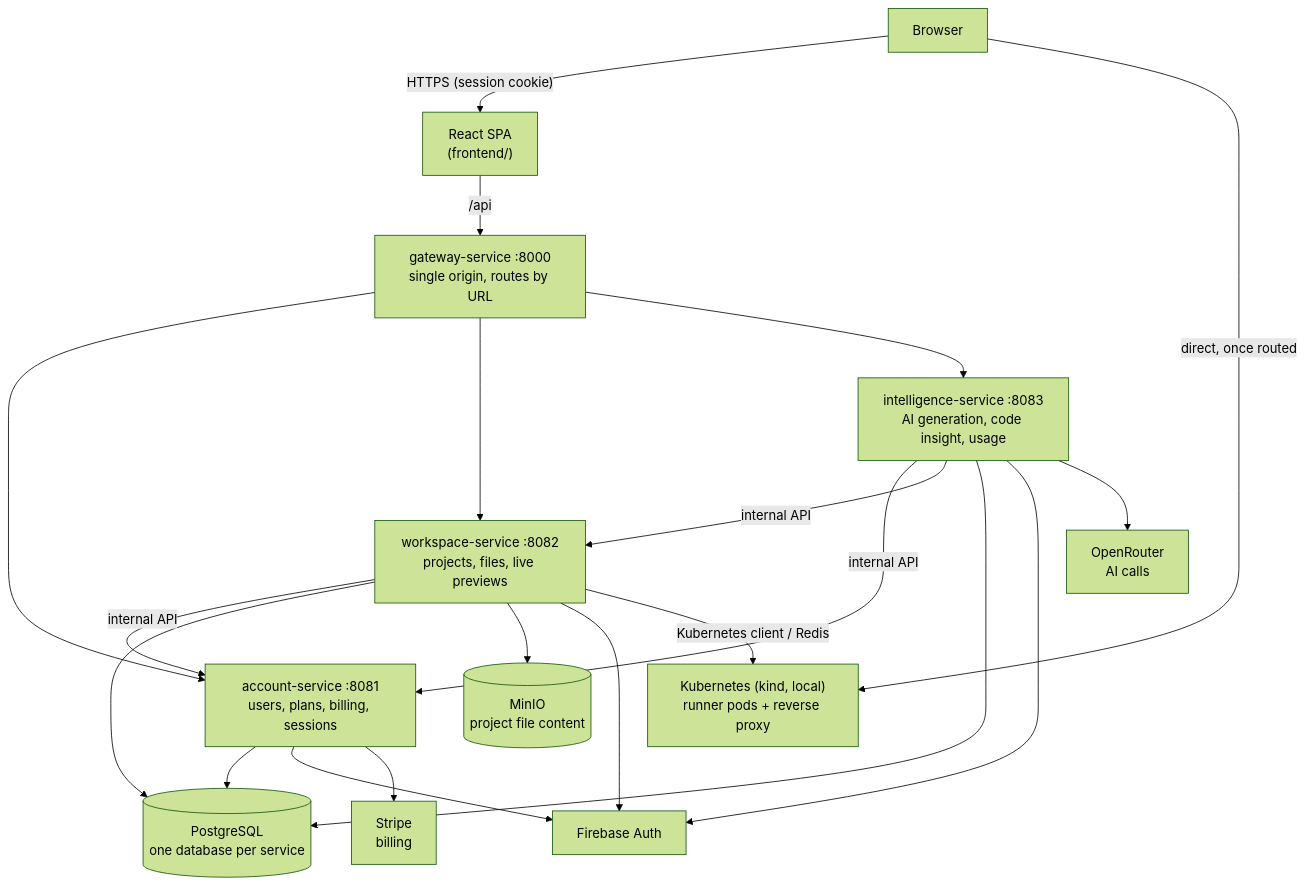
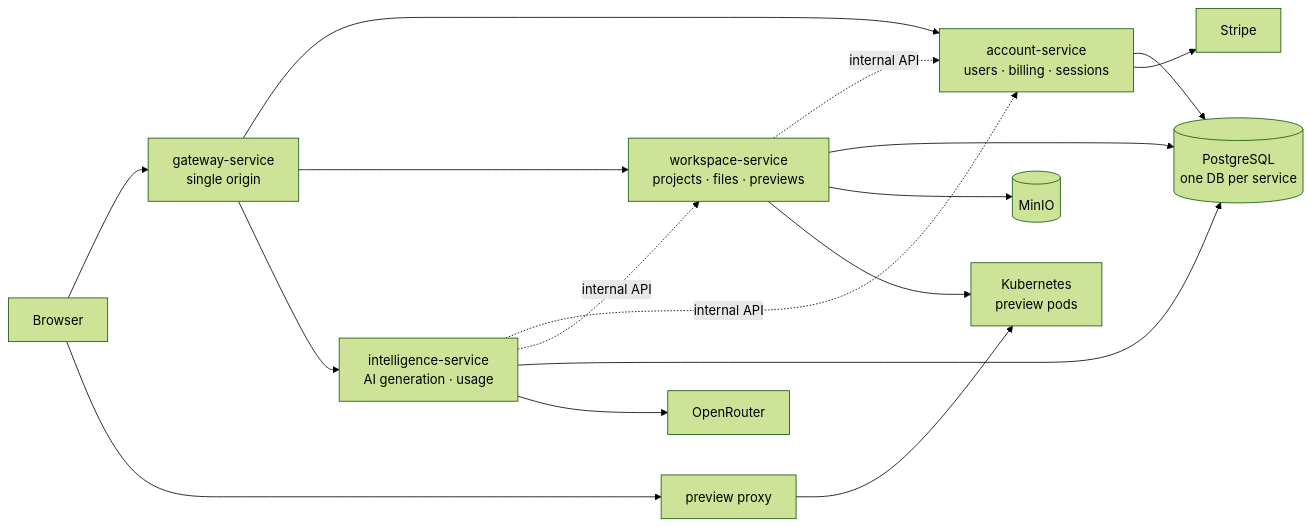
The diagram in README.md (Divyanshu2805/vibecraft), drawn with Mermaid (forest theme) before and after one commit. The commit also changed other lines of this file and 6 other files, not shown here.

````diff
--- a/README.md
+++ b/README.md
@@ -52,35 +35,18 @@
 ```mermaid
-flowchart TD
-    Browser["Browser"]
-    Frontend["React SPA<br/>(frontend/)"]
-    Gateway["gateway-service :8000<br/>single origin, routes by URL"]
-    Account["account-service :8081<br/>users, plans, billing, sessions"]
-    Workspace["workspace-service :8082<br/>projects, files, live previews"]
-    Intel["intelligence-service :8083<br/>AI generation, code insight, usage"]
-    DB[("PostgreSQL<br/>one database per service")]
-    MinIO[("MinIO<br/>project file content")]
-    Firebase["Firebase Auth"]
-    OpenRouter["OpenRouter<br/>AI calls"]
-    Stripe["Stripe<br/>billing"]
-    K8s["Kubernetes (kind, local)<br/>runner pods + reverse proxy"]
-
-    Browser -- "HTTPS (session cookie)" --> Frontend
-    Frontend -- "/api" --> Gateway
-    Gateway --> Account
-    Gateway --> Workspace
-    Gateway --> Intel
-    Workspace -- "internal API" --> Account
-    Intel -- "internal API" --> Account
-    Intel -- "internal API" --> Workspace
-    Account --> DB
+flowchart LR
+    Browser --> Gateway["gateway-service<br/>single origin"]
+    Gateway --> Account["account-service<br/>users · billing · sessions"]
+    Gateway --> Workspace["workspace-service<br/>projects · files · previews"]
+    Gateway --> Intel["intelligence-service<br/>AI generation · usage"]
+    Workspace -. internal API .-> Account
+    Intel -. internal API .-> Account
+    Intel -. internal API .-> Workspace
+    Account --> DB[("PostgreSQL<br/>one DB per service")]
     Workspace --> DB
     Intel --> DB
-    Workspace --> MinIO
-    Account --> Firebase
-    Workspace --> Firebase
-    Intel --> Firebase
-    Intel --> OpenRouter
+    Workspace --> MinIO[("MinIO")]
+    Workspace --> K8s["Kubernetes<br/>preview pods"]
+    Intel --> AI["OpenRouter"]
     Account --> Stripe
-    Workspace -- "Kubernetes client / Redis" --> K8s
-    Browser -- "direct, once routed" --> K8s
+    Browser --> Proxy["preview proxy"] --> K8s
 ```
````
